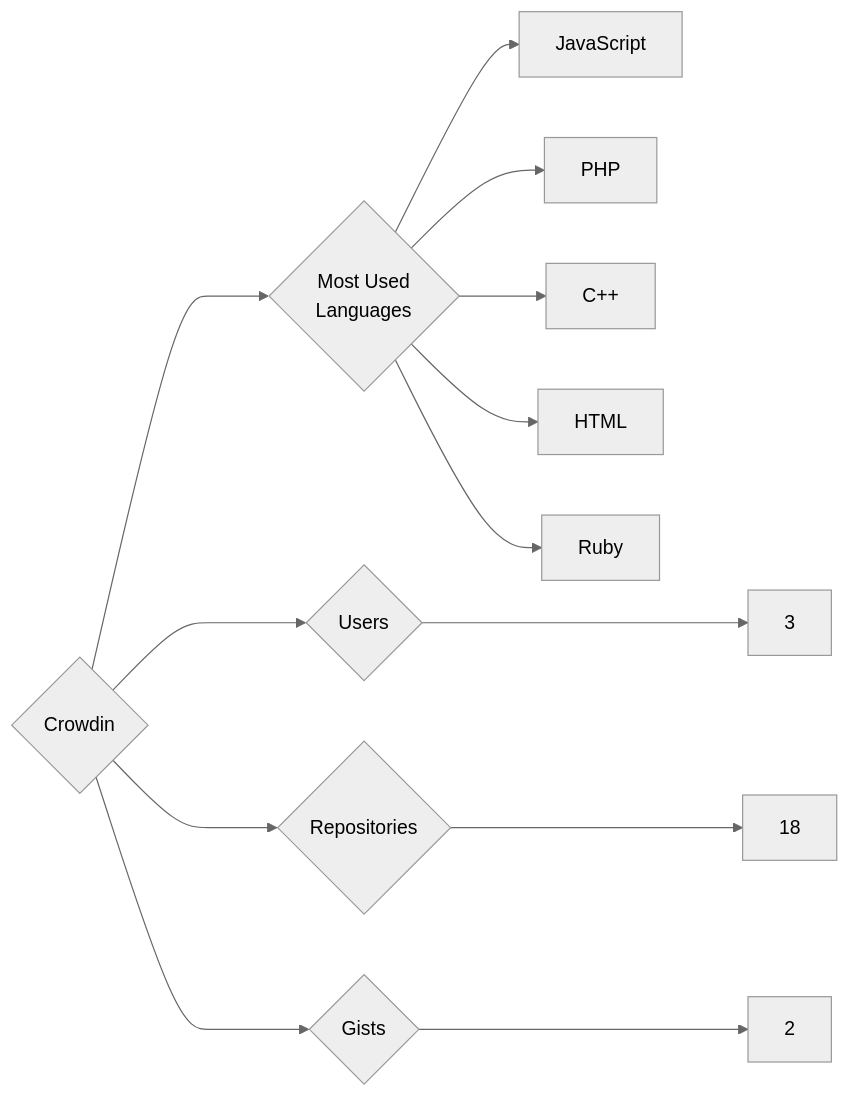
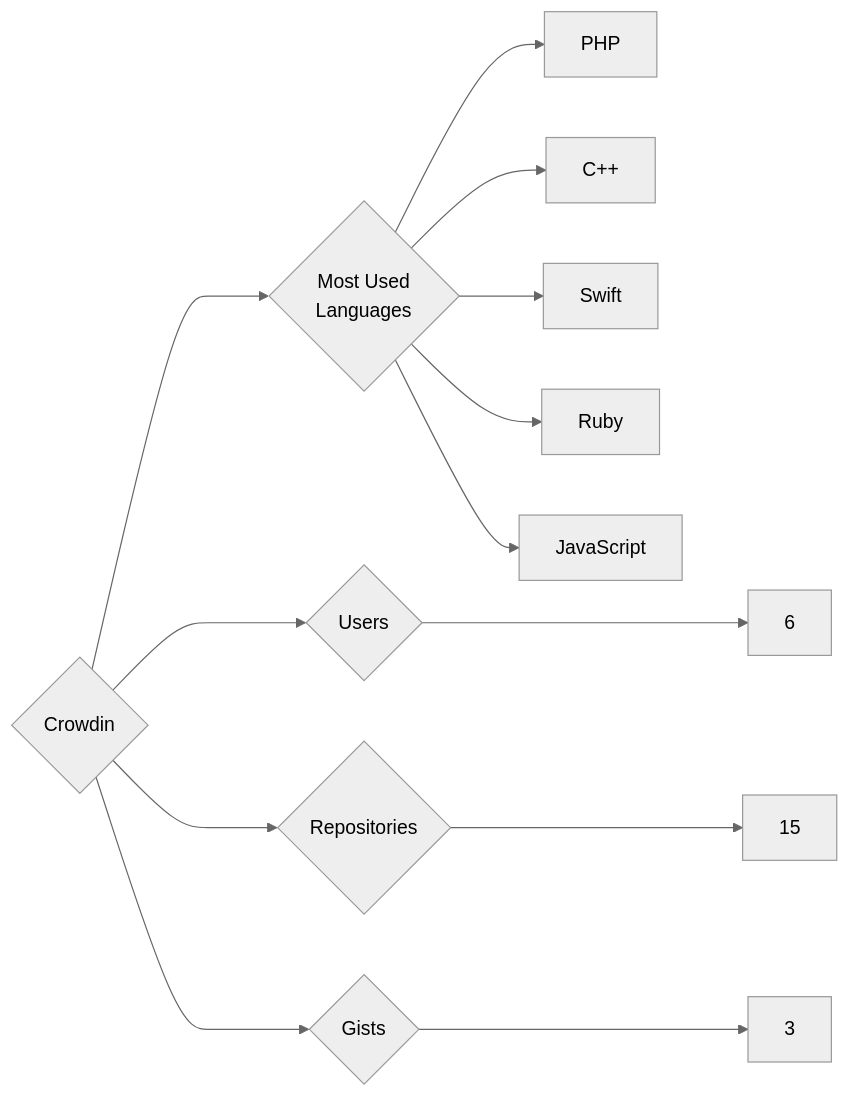
One commit to trickest/insiders changed the diagram in targets/Crowdin/README.md. Above: the diagram before and after it, drawn with Mermaid (neutral theme). The commit also changed 1078 other files, not shown here.

````diff
--- a/targets/Crowdin/README.md
+++ b/targets/Crowdin/README.md
@@ -3,13 +3,13 @@
 ```mermaid
 graph LR
 COMPANY_NAME{Crowdin}
-COMPANY_NAME ---> U{Users} ---> UN[3]
-COMPANY_NAME ---> R{Repositories} ---> RN[18]
-COMPANY_NAME ---> G{Gists} ---> GN[2]
+COMPANY_NAME ---> U{Users} ---> UN[6]
+COMPANY_NAME ---> R{Repositories} ---> RN[15]
+COMPANY_NAME ---> G{Gists} ---> GN[3]
 COMPANY_NAME ---> ML{Most Used<br>Languages}
-ML --> JavaScript[JavaScript]
 ML --> PHP[PHP]
 ML --> C++[C++]
-ML --> HTML[HTML]
+ML --> Swift[Swift]
 ML --> Ruby[Ruby]
+ML --> JavaScript[JavaScript]
 ```
````
